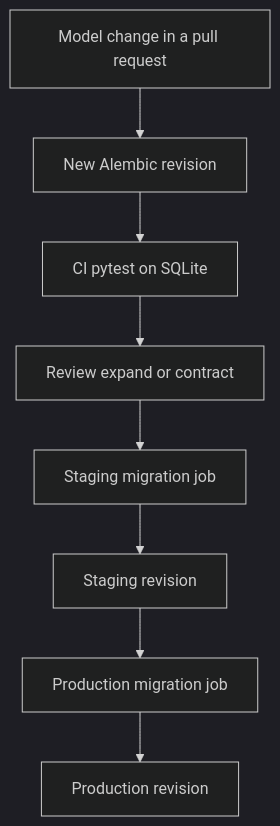
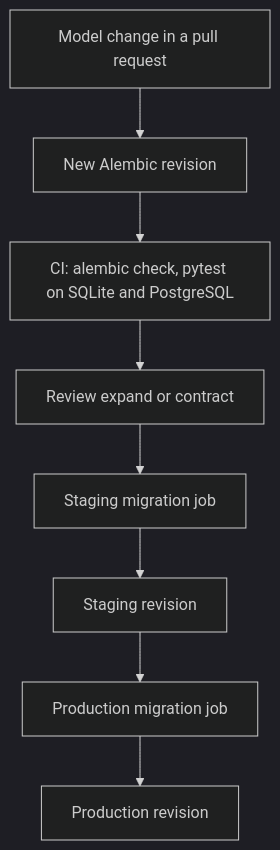
Before and after one commit to Nditah/AI-Mentor: the fifth of 6 diagrams in docs/Infrastructure.md, drawn with Mermaid (dark theme). The commit also changed other lines of this file and 333 other files, not shown here.

````diff
--- a/docs/Infrastructure.md
+++ b/docs/Infrastructure.md
@@ -253,13 +259,13 @@
 ```mermaid
 flowchart TD
   change[Model change in a pull request]
   rev[New Alembic revision]
-  tests[CI pytest on SQLite]
+  tests[CI: alembic check, pytest on SQLite and PostgreSQL]
   review[Review expand or contract]
   stgjob[Staging migration job]
   stgapi[Staging revision]
   prdjob[Production migration job]
   prdapi[Production revision]
 
   change --> rev --> tests --> review --> stgjob --> stgapi --> prdjob --> prdapi
 ```
````
